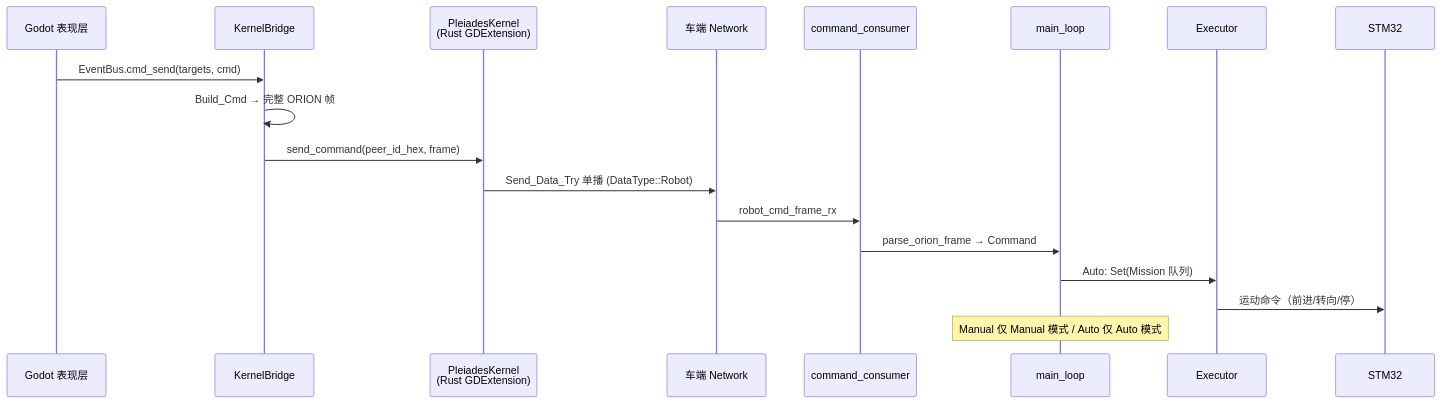
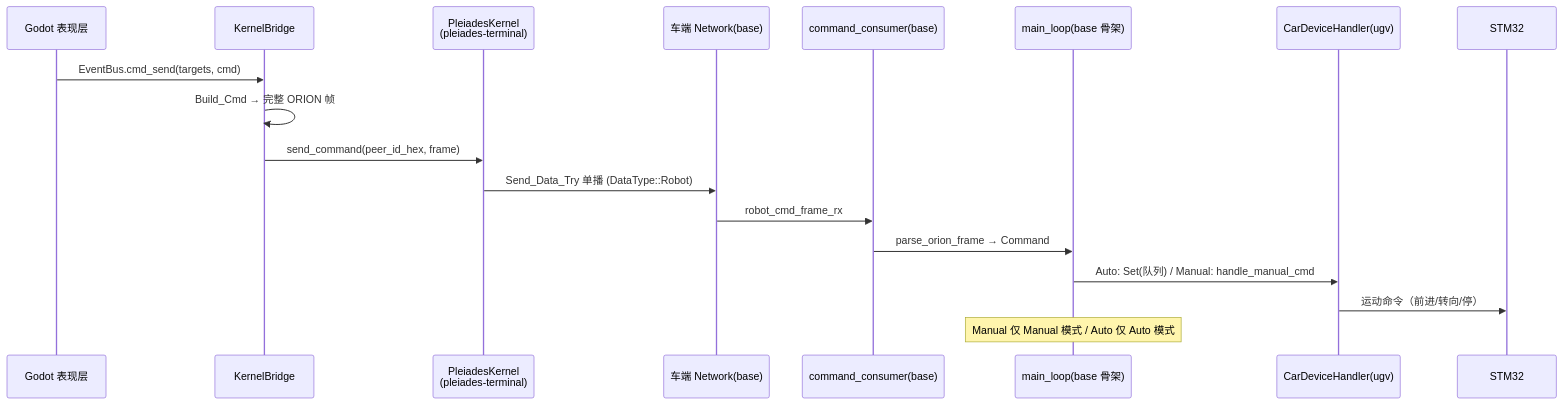
One commit to LYK-ce/Pleiades changed the sixth of 6 diagrams in Architecture/robot_arch.md. Above: the diagram before and after it, drawn with Mermaid. The commit also changed other lines of this file, not shown here.

Commit message:
docs(architecture): robot_arch.md 更新为 Task 23 C1-C5 后的四 crate 结构

````diff
--- a/Architecture/robot_arch.md
+++ b/Architecture/robot_arch.md
@@ -328,21 +389,21 @@
 ```mermaid
 sequenceDiagram
     participant UI as Godot 表现层
     participant KB as KernelBridge
-    participant PK as PleiadesKernel<br/>(Rust GDExtension)
-    participant NET as 车端 Network
-    participant CC as command_consumer
-    participant ML as main_loop
-    participant EX as Executor
+    participant PK as PleiadesKernel<br/>(pleiades-terminal)
+    participant NET as 车端 Network(base)
+    participant CC as command_consumer(base)
+    participant ML as main_loop(base 骨架)
+    participant DEV as CarDeviceHandler(ugv)
     participant STM as STM32
 
     UI->>KB: EventBus.cmd_send(targets, cmd)
     KB->>KB: Build_Cmd → 完整 ORION 帧
     KB->>PK: send_command(peer_id_hex, frame)
     PK->>NET: Send_Data_Try 单播 (DataType::Robot)
     NET->>CC: robot_cmd_frame_rx
     CC->>ML: parse_orion_frame → Command
-    ML->>EX: Auto: Set(Mission 队列)
-    EX->>STM: 运动命令（前进/转向/停）
+    ML->>DEV: Auto: Set(队列) / Manual: handle_manual_cmd
+    DEV->>STM: 运动命令（前进/转向/停）
     Note over ML: Manual 仅 Manual 模式 / Auto 仅 Auto 模式
 ```
````
